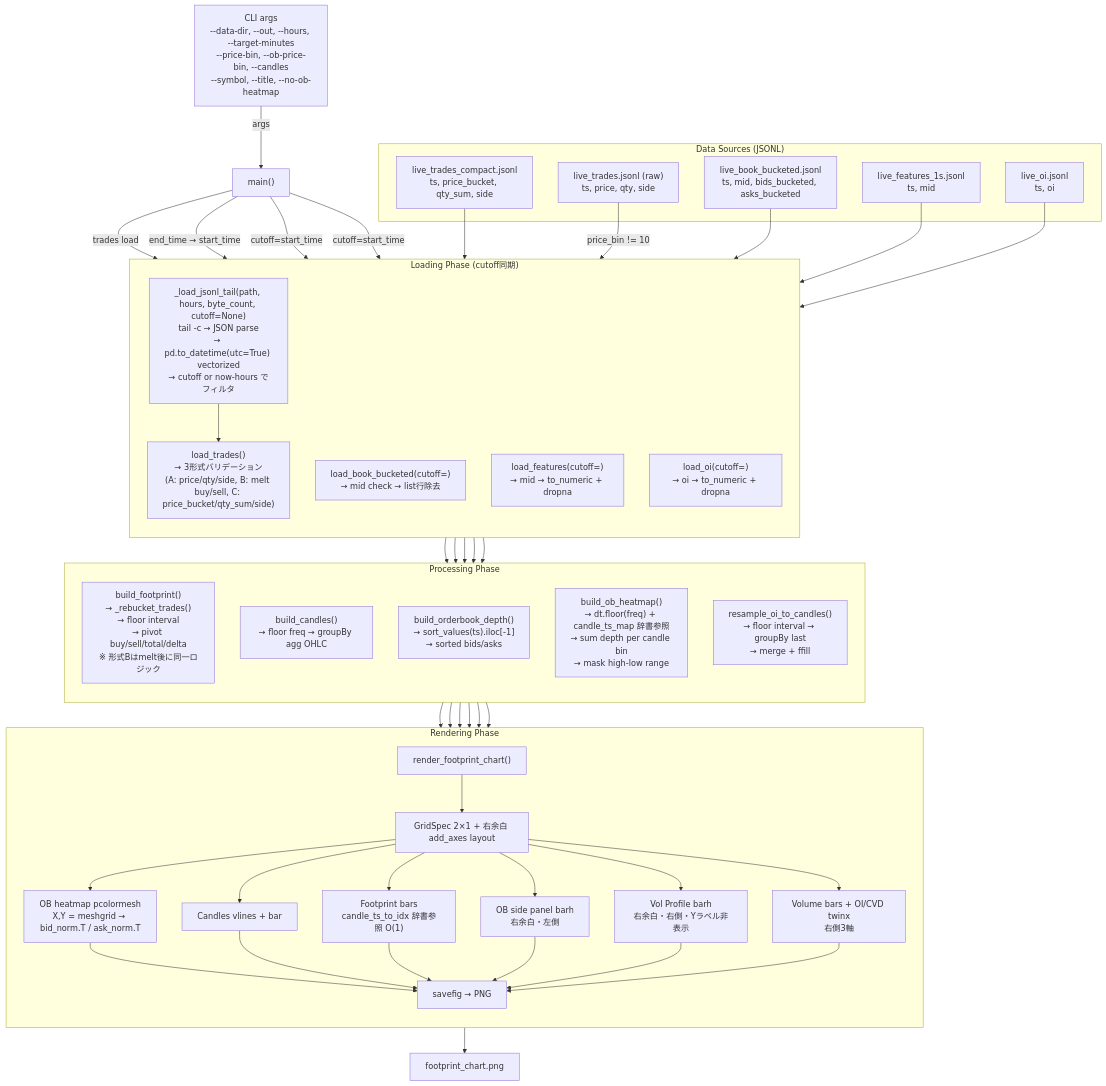
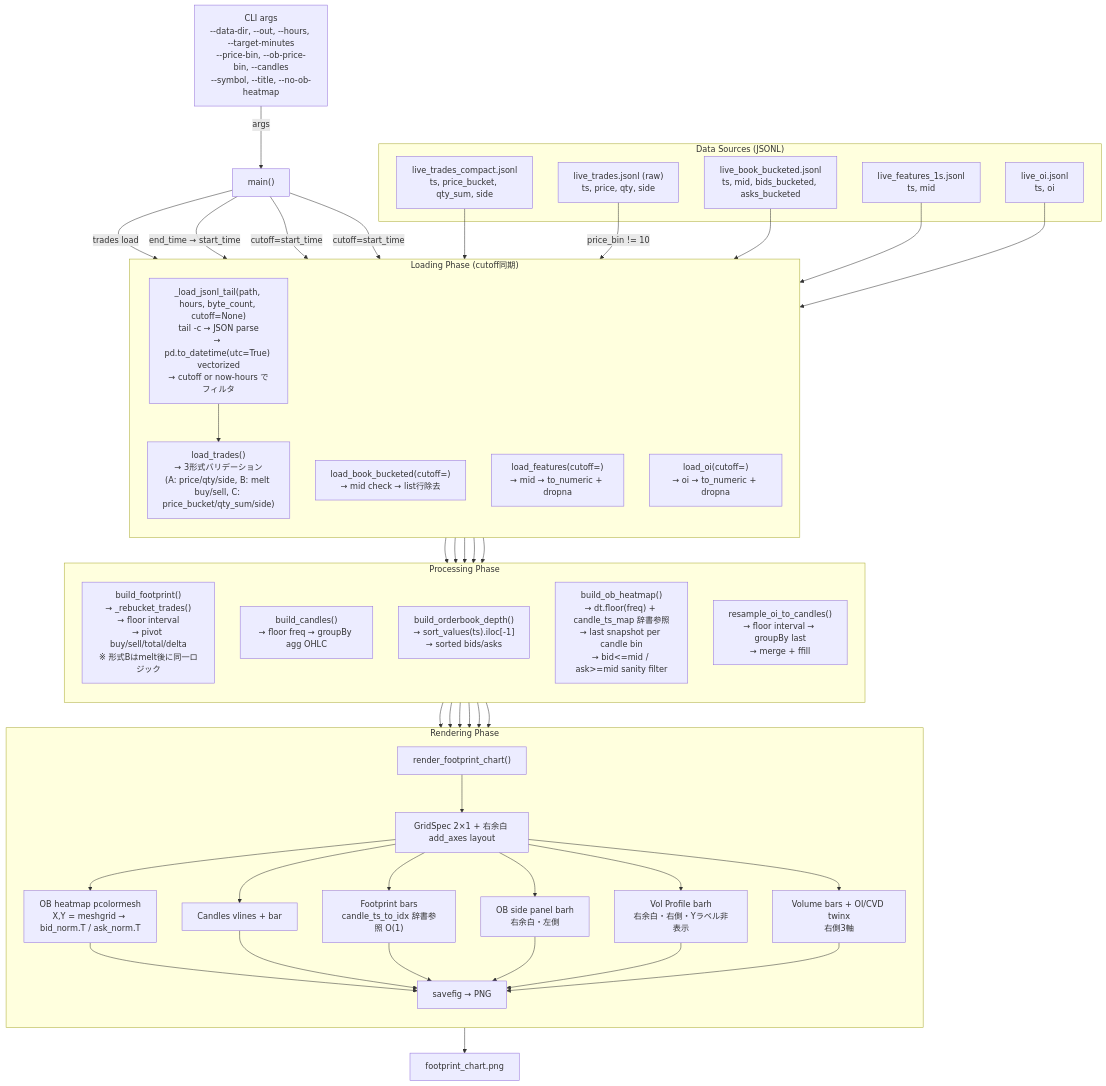
One commit to like-kradness-2025/btc-footprint changed the diagram in references/wiring-diagram.md. Above: the diagram before and after it, drawn with Mermaid. The commit also changed other lines of this file and 1 other file, not shown here.

Commit message:
candle: white translucent body, light blue bullish (#38bdf8), wick outside body only

```diff
--- a/references/wiring-diagram.md
+++ b/references/wiring-diagram.md
@@ -38,7 +38,7 @@
         P1["build_footprint()<br/>→ _rebucket_trades()<br/>→ floor interval<br/>→ pivot buy/sell/total/delta<br/>※ 形式Bはmelt後に同一ロジック"]
         P2["build_candles()<br/>→ floor freq → groupBy agg OHLC"]
         P3["build_orderbook_depth()<br/>→ sort_values(ts).iloc[-1]<br/>→ sorted bids/asks"]
-        P4["build_ob_heatmap()<br/>→ dt.floor(freq) + candle_ts_map 辞書参照<br/>→ sum depth per candle bin<br/>→ mask high-low range"]
+        P4["build_ob_heatmap()<br/>→ dt.floor(freq) + candle_ts_map 辞書参照<br/>→ last snapshot per candle bin<br/>→ bid<=mid / ask>=mid sanity filter"]
         P5["resample_oi_to_candles()<br/>→ floor interval → groupBy last<br/>→ merge + ffill"]
     end
 
```
